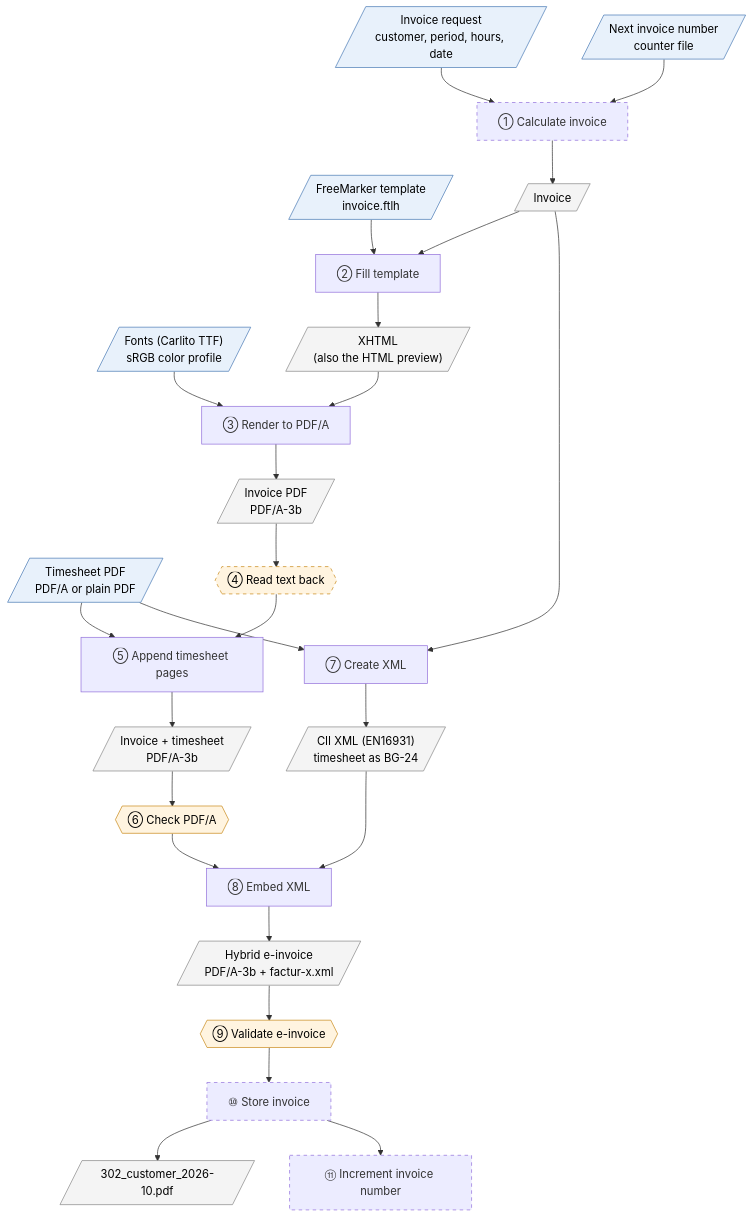
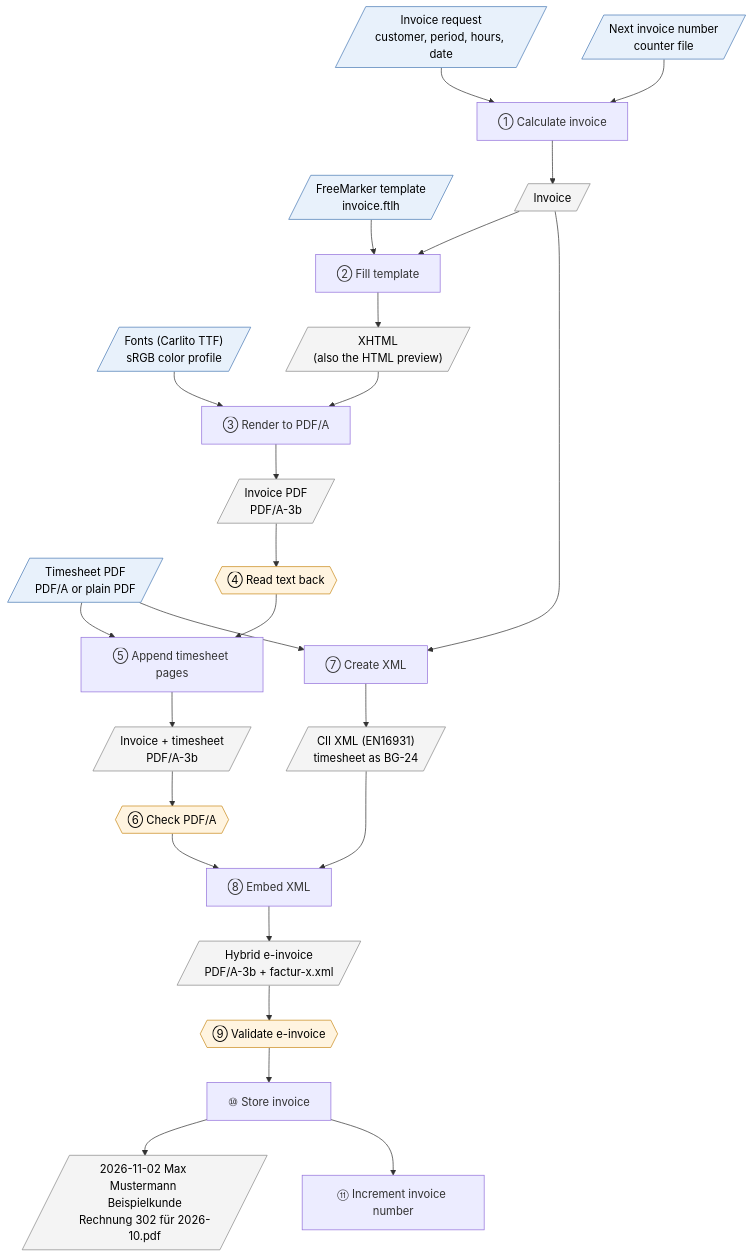
Before and after one commit to sdingel/e-invoice-generator: the diagram in README.md, drawn with Mermaid. The commit also changed other lines of this file and 4 other files, not shown here.

````diff
--- a/README.md
+++ b/README.md
@@ -22,62 +19,60 @@
 ```mermaid
 flowchart TD
     %% Inputs
     request[/"Invoice request<br/>customer, period, hours, date"/]
     number[/"Next invoice number<br/>counter file"/]
     template[/"FreeMarker template<br/>invoice.ftlh"/]
     fonts[/"Fonts (Carlito TTF)<br/>sRGB color profile"/]
     timesheet[/"Timesheet PDF<br/>PDF/A or plain PDF"/]
 
     %% Steps and results
     s1["① Calculate invoice"]
     invoice[/"Invoice"/]
     s2["② Fill template"]
     xhtml[/"XHTML<br/>(also the HTML preview)"/]
     s3["③ Render to PDF/A"]
     invoicePdf[/"Invoice PDF<br/>PDF/A-3b"/]
     s4{{"④ Read text back"}}
     s5["⑤ Append timesheet pages"]
     mergedPdf[/"Invoice + timesheet<br/>PDF/A-3b"/]
     s6{{"⑥ Check PDF/A"}}
     s7["⑦ Create XML"]
     xml[/"CII XML (EN16931)<br/>timesheet as BG-24"/]
     s8["⑧ Embed XML"]
     hybrid[/"Hybrid e-invoice<br/>PDF/A-3b + factur-x.xml"/]
     s9{{"⑨ Validate e-invoice"}}
     s10["⑩ Store invoice"]
-    file[/"302_customer_2026-10.pdf"/]
+    file[/"2026-11-02 Max Mustermann Beispielkunde<br/>Rechnung 302 für 2026-10.pdf"/]
     s11["⑪ Increment invoice number"]
 
     request --> s1
     number --> s1
     s1 --> invoice
 
     invoice --> s2
     template --> s2
     s2 --> xhtml --> s3
     fonts --> s3
     s3 --> invoicePdf --> s4
 
     s4 --> s5
     timesheet --> s5
     s5 --> mergedPdf --> s6
 
     invoice --> s7
     timesheet --> s7
     s7 --> xml
 
     s6 --> s8
     xml --> s8
     s8 --> hybrid --> s9 --> s10 --> file
     s10 --> s11
 
     %% Styles
     classDef input fill:#e8f1fb,stroke:#4a7ab5,color:#000
     classDef artifact fill:#f4f4f4,stroke:#888,color:#000
     classDef check fill:#fff4e0,stroke:#c98a1b,color:#000
-    classDef planned stroke-dasharray: 5 5
     class request,number,template,fonts,timesheet input
     class invoice,xhtml,invoicePdf,mergedPdf,xml,hybrid,file artifact
     class s4,s6,s9 check
-    class s1,s4,s10,s11 planned
 ```
````
